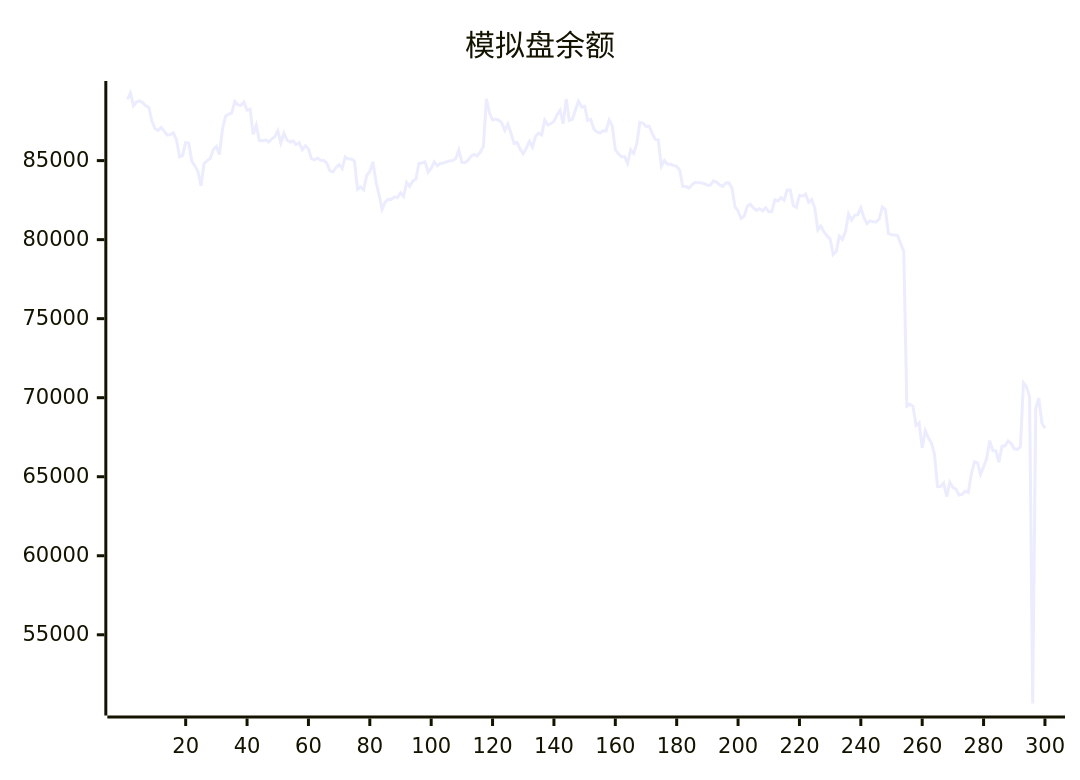
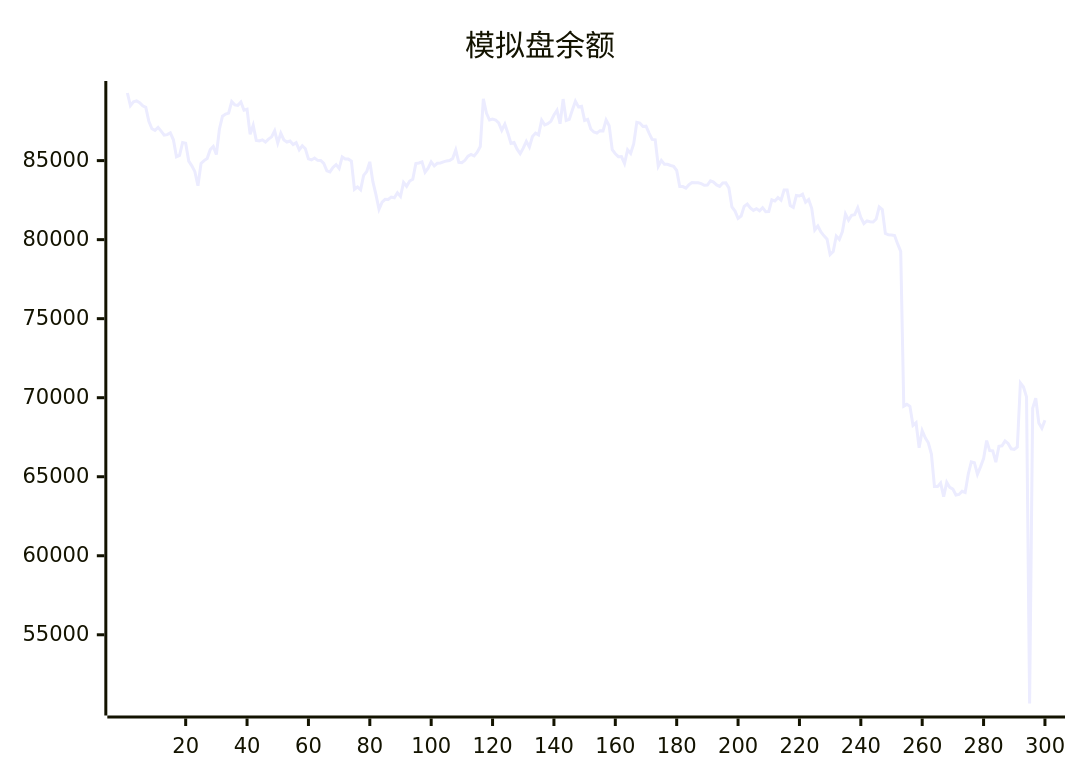
One commit to aahl/ai-trading changed the diagram in README.md. Above: the diagram before and after it, drawn with Mermaid. The commit also changed other lines of this file and 1 other file, not shown here.

````diff
--- a/README.md
+++ b/README.md
@@ -5,5 +5,5 @@
 ```mermaid
 xychart
     title "模拟盘余额"
-    line [88870,89278,88477,88720,88781,88668,88467,88372,87493,87018,86917,87102,86870,86613,86644,86758,86317,85242,85334,86149,86106,84968,84671,84302,83410,84816,85001,85127,85693,85891,85384,87001,87811,87945,88007,88734,88528,88495,88705,88189,88248,86662,87234,86279,86251,86314,86177,86364,86503,86886,86114,86731,86310,86176,86240,86017,86136,85685,85938,85749,85111,85044,85164,85016,85008,84824,84354,84287,84572,84745,84500,85234,85096,85095,84970,83180,83338,83157,84070,84309,84922,83667,82850,81924,82369,82552,82539,82695,82648,82962,82728,83619,83378,83710,83825,84819,84854,84917,84265,84527,84919,84668,84834,84850,84916,84981,85004,85131,85674,84891,84864,85019,85284,85393,85294,85538,85894,88904,88012,87567,87625,87568,87386,86920,87313,86737,86094,86143,85725,85437,85787,86219,85859,86526,86740,86630,87563,87264,87335,87483,87886,88180,87335,88894,87544,87608,88207,88755,88401,88444,87543,87608,87000,86810,86740,86894,86884,87576,87209,85686,85435,85251,85255,84820,85689,85453,86066,87420,87373,87161,87178,86740,86341,86315,84643,85012,84772,84768,84690,84635,84376,83360,83357,83259,83474,83608,83606,83602,83548,83440,83454,83724,83644,83464,83365,83590,83592,83275,82072,81806,81344,81492,82109,82254,82006,81848,81955,81829,82022,81769,81776,82522,82441,82656,82498,83144,83144,82150,82038,82797,82763,82872,82367,82536,81981,80612,80862,80484,80242,80034,79063,79245,80226,80016,80507,81625,81233,81544,81578,82016,81401,81019,81186,81130,81118,81306,82066,81909,80392,80304,80291,80258,79729,79261,69466,69579,69456,68251,68415,66832,67911,67462,67144,66432,64380,64375,64606,63740,64647,64324,64216,63842,63877,64078,64008,65156,65945,65888,65157,65625,66144,67284,66653,66639,65924,66925,66956,67263,67108,66766,66729,66886,70927,70673,70049,50652,69334,69973,68400,68061]
+    line [89278,88477,88720,88781,88668,88467,88372,87493,87018,86917,87102,86870,86613,86644,86758,86317,85242,85334,86149,86106,84968,84671,84302,83410,84816,85001,85127,85693,85891,85384,87001,87811,87945,88007,88734,88528,88495,88705,88189,88248,86662,87234,86279,86251,86314,86177,86364,86503,86886,86114,86731,86310,86176,86240,86017,86136,85685,85938,85749,85111,85044,85164,85016,85008,84824,84354,84287,84572,84745,84500,85234,85096,85095,84970,83180,83338,83157,84070,84309,84922,83667,82850,81924,82369,82552,82539,82695,82648,82962,82728,83619,83378,83710,83825,84819,84854,84917,84265,84527,84919,84668,84834,84850,84916,84981,85004,85131,85674,84891,84864,85019,85284,85393,85294,85538,85894,88904,88012,87567,87625,87568,87386,86920,87313,86737,86094,86143,85725,85437,85787,86219,85859,86526,86740,86630,87563,87264,87335,87483,87886,88180,87335,88894,87544,87608,88207,88755,88401,88444,87543,87608,87000,86810,86740,86894,86884,87576,87209,85686,85435,85251,85255,84820,85689,85453,86066,87420,87373,87161,87178,86740,86341,86315,84643,85012,84772,84768,84690,84635,84376,83360,83357,83259,83474,83608,83606,83602,83548,83440,83454,83724,83644,83464,83365,83590,83592,83275,82072,81806,81344,81492,82109,82254,82006,81848,81955,81829,82022,81769,81776,82522,82441,82656,82498,83144,83144,82150,82038,82797,82763,82872,82367,82536,81981,80612,80862,80484,80242,80034,79063,79245,80226,80016,80507,81625,81233,81544,81578,82016,81401,81019,81186,81130,81118,81306,82066,81909,80392,80304,80291,80258,79729,79261,69466,69579,69456,68251,68415,66832,67911,67462,67144,66432,64380,64375,64606,63740,64647,64324,64216,63842,63877,64078,64008,65156,65945,65888,65157,65625,66144,67284,66653,66639,65924,66925,66956,67263,67108,66766,66729,66886,70927,70673,70049,50652,69334,69973,68400,68061,68578]
 ```
````
